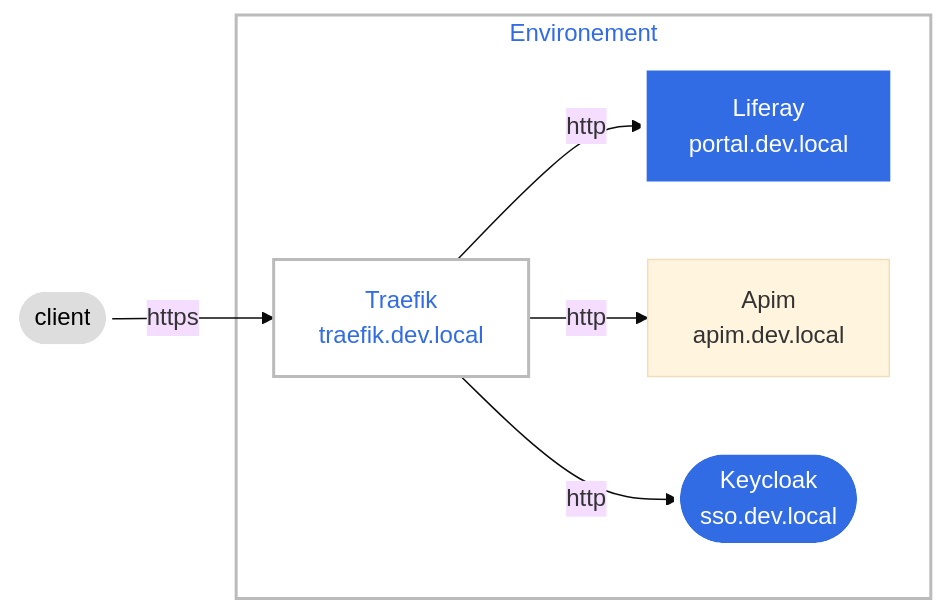
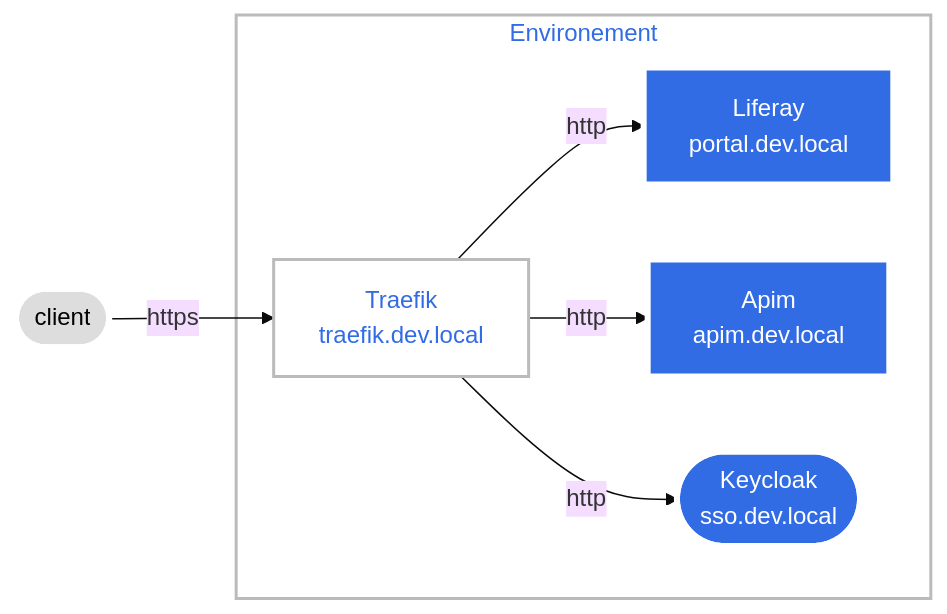
Before and after one commit to ThierryTouin/liferay-oauth-test: the first of 2 diagrams in poc1-reactjs-liferay-keycloak/README.markdown, drawn with Mermaid (base theme).

Commit message:
up schéma

````diff
--- a/poc1-reactjs-liferay-keycloak/README.markdown
+++ b/poc1-reactjs-liferay-keycloak/README.markdown
@@ -5,33 +5,33 @@
 ```mermaid
 graph  LR
 
 %% Nodes
 
 RProxy[Traefik<br>traefik.dev.local]
 Portal[Liferay<br>portal.dev.local]
 Apim[Apim<br>apim.dev.local]
 C([client])
 SSO([Keycloak<br>sso.dev.local])
 
 
 %% Links	
 
 C -- https --> RProxy;
 subgraph Environement
     RProxy -- http --> SSO;
     RProxy -- http --> Portal;
     RProxy -- http --> Apim;
 end
 
 %% Defining node styles
 
   classDef plain fill:#ddd,stroke:#fff,stroke-width:4px,color:#000;
   classDef k8s fill:#326ce5,stroke:#fff,stroke-width:4px,color:#fff;
   classDef cluster fill:#fff,stroke:#bbb,stroke-width:2px,color:#326ce5;
   
 %% Assigning styles to nodes
 
-  class Portal,SSO k8s;
+  class Portal,SSO,Apim k8s;
   class C plain;
   class RProxy cluster;
 ```
````
